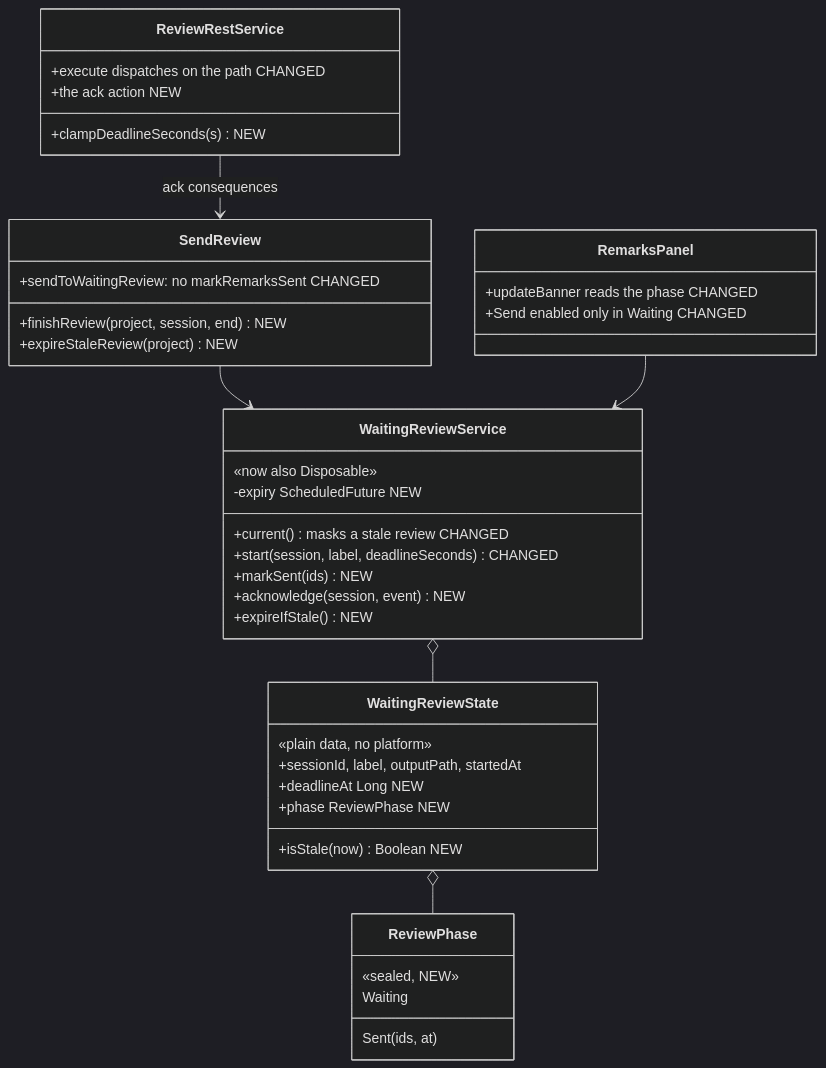
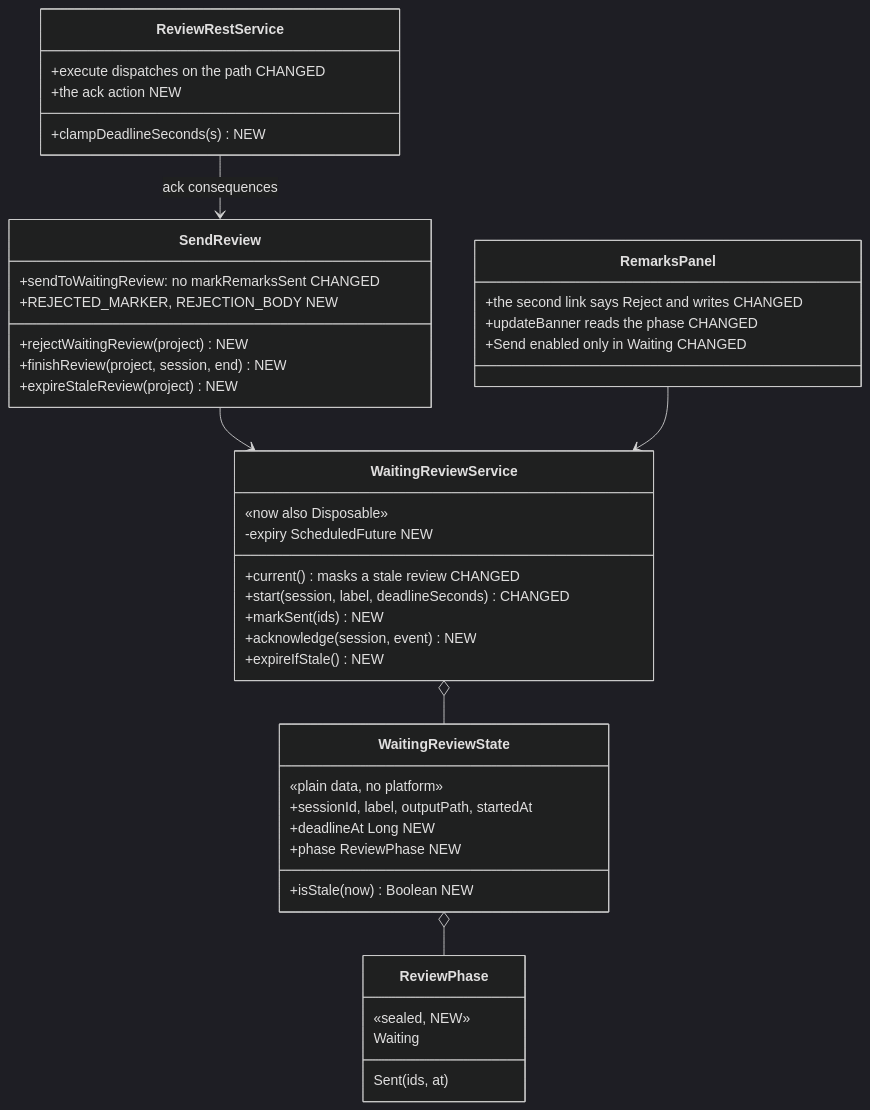
Before and after one commit to p4elkin/claude-remarks: the third of 4 diagrams in docs/plans/20260805-claude-remarks-phase7.md, drawn with Mermaid (dark theme). The commit also changed other lines of this file and 1 other file, not shown here.

First line of the commit message:
docs: phase 7 plan covers reject and the diff opening, 12 tasks

````diff
--- a/docs/plans/20260805-claude-remarks-phase7.md
+++ b/docs/plans/20260805-claude-remarks-phase7.md
@@ -281,43 +379,46 @@
 ```mermaid
 classDiagram
     class WaitingReviewState {
         «plain data, no platform»
         +sessionId, label, outputPath, startedAt
         +deadlineAt Long  NEW
         +phase ReviewPhase  NEW
         +isStale(now) Boolean  NEW
     }
     class ReviewPhase {
         «sealed, NEW»
         Waiting
         Sent(ids, at)
     }
     class WaitingReviewService {
         «now also Disposable»
         +current() masks a stale review  CHANGED
         +start(session, label, deadlineSeconds)  CHANGED
         +markSent(ids)  NEW
         +acknowledge(session, event)  NEW
         +expireIfStale()  NEW
         -expiry ScheduledFuture  NEW
     }
     class ReviewRestService {
         +clampDeadlineSeconds(s)  NEW
         +execute dispatches on the path  CHANGED
         +the ack action  NEW
     }
     class SendReview {
         +sendToWaitingReview: no markRemarksSent  CHANGED
+        +REJECTED_MARKER, REJECTION_BODY  NEW
+        +rejectWaitingReview(project)  NEW
         +finishReview(project, session, end)  NEW
         +expireStaleReview(project)  NEW
     }
     class RemarksPanel {
+        +the second link says Reject and writes  CHANGED
         +updateBanner reads the phase  CHANGED
         +Send enabled only in Waiting  CHANGED
     }
     WaitingReviewState o-- ReviewPhase
     WaitingReviewService o-- WaitingReviewState
     ReviewRestService --> SendReview : ack consequences
     SendReview --> WaitingReviewService
     RemarksPanel --> WaitingReviewService
 ```
````
